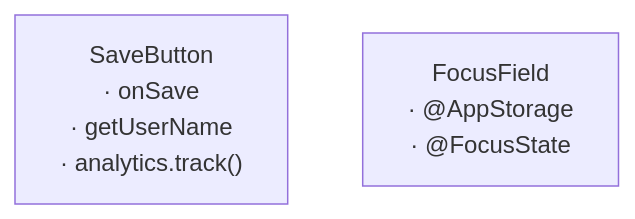
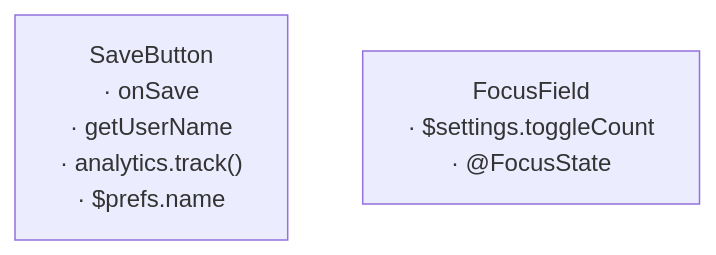
Before and after one commit to sisoje/hypermodular: the third of 3 diagrams in hypermodular/scripts/fixtures/broken/APP-MAP.md, drawn with Mermaid. The commit also changed other lines of this file and 44 other files, not shown here.

````diff
--- a/hypermodular/scripts/fixtures/broken/APP-MAP.md
+++ b/hypermodular/scripts/fixtures/broken/APP-MAP.md
@@ -30,6 +31,6 @@
 ```mermaid
 %% Root: App · Unmounted
 flowchart TD
-    SaveButton["SaveButton<br/>· onSave<br/>· getUserName<br/>· analytics.track()"]
-    FocusField["FocusField<br/>· @AppStorage<br/>· @FocusState"]
+    SaveButton["SaveButton<br/>· onSave<br/>· getUserName<br/>· analytics.track()<br/>· $prefs.name"]
+    FocusField["FocusField<br/>· $settings.toggleCount<br/>· @FocusState"]
 ```
````
